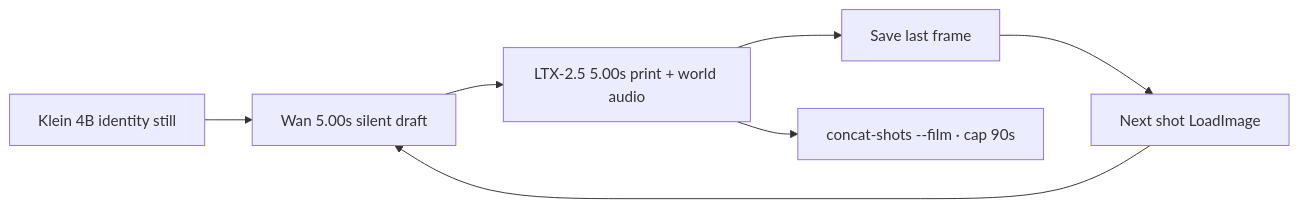
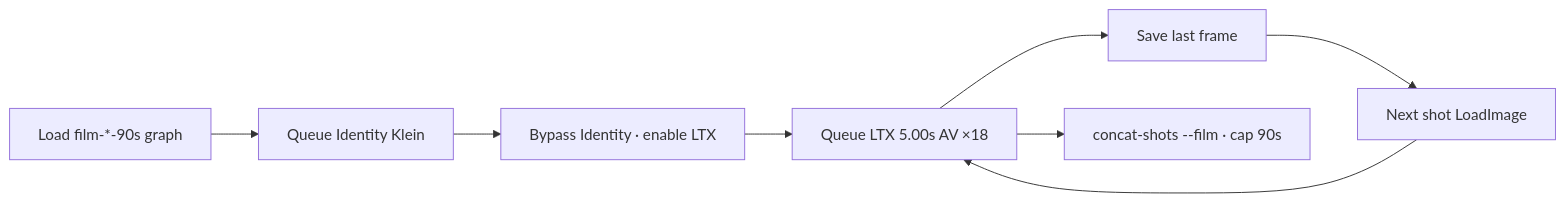
One commit to toxicoder/ez-comfy-stack changed the diagram in docs/shorts.md. Above: the diagram before and after it, drawn with Mermaid. The commit also changed other lines of this file and 27 other files, not shown here.

First line of the commit message:
feat: mux LTX audio, unify 90s films, add creator toolkit workflows

````diff
--- a/docs/shorts.md
+++ b/docs/shorts.md
@@ -46,9 +47,10 @@
 ```mermaid
 flowchart LR
-  Klein["Klein 4B identity still"] --> Wan["Wan 5.00s silent draft"]
-  Wan --> LTX["LTX-2.5 5.00s print + world audio"]
-  LTX --> Last["Save last frame"]
+  Load["Load film-*-90s graph"] --> Id["Queue Identity Klein"]
+  Id --> Unmute["Bypass Identity · enable LTX"]
+  Unmute --> Shot["Queue LTX 5.00s AV ×18"]
+  Shot --> Last["Save last frame"]
   Last --> Next["Next shot LoadImage"]
-  Next --> Wan
-  LTX --> Concat["concat-shots --film · cap 90s"]
+  Next --> Shot
+  Shot --> Concat["concat-shots --film · cap 90s"]
 ```
````
